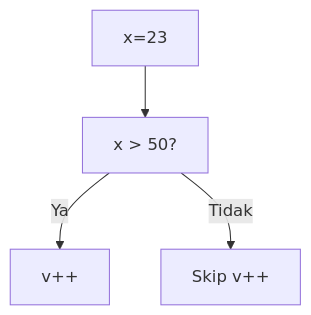
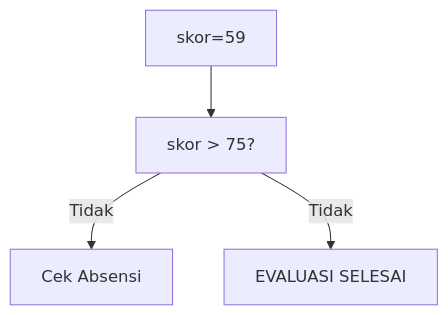
One commit to amnahwaida/OSNK_INF_PREP changed the sixth of 25 diagrams in part-c-pemahaman-cpp/02-percabangan/latihan/set-09.md. Above: the diagram before and after it, drawn with Mermaid. The commit also changed other lines of this file and 71 other files, not shown here.

````diff
--- a/part-c-pemahaman-cpp/02-percabangan/latihan/set-09.md
+++ b/part-c-pemahaman-cpp/02-percabangan/latihan/set-09.md
@@ -162,6 +170,6 @@
 ```mermaid
 graph TD
-A["x=23"] --> B["x > 50?"]
-B -- Ya --> C["v++"]
-B -- Tidak --> D["Skip v++"]
+A["skor=59"] --> B["skor > 75?"]
+B -- Tidak --> C["Cek Absensi"]
+B -- Tidak --> D["EVALUASI SELESAI"]
 ```
````
